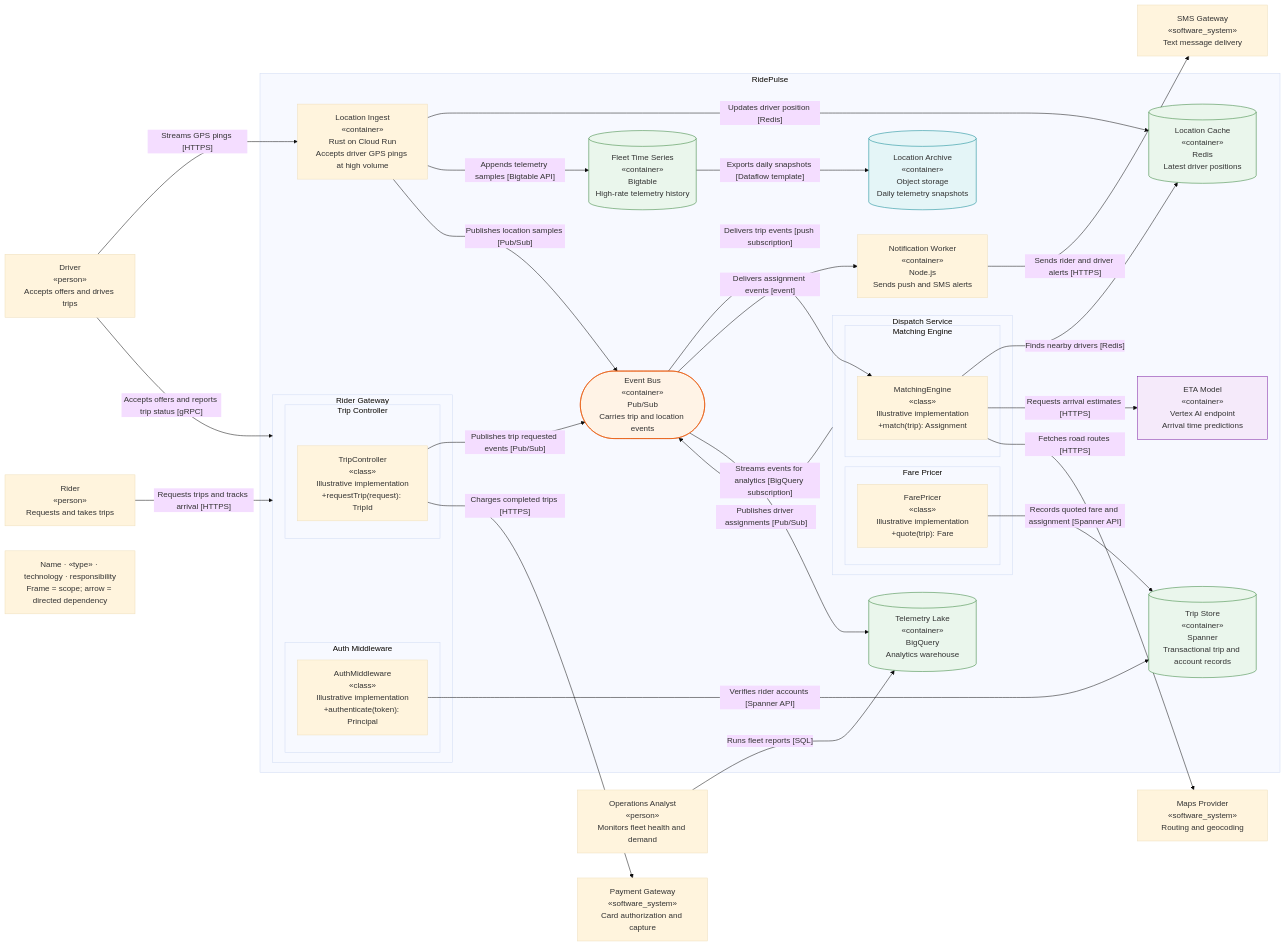
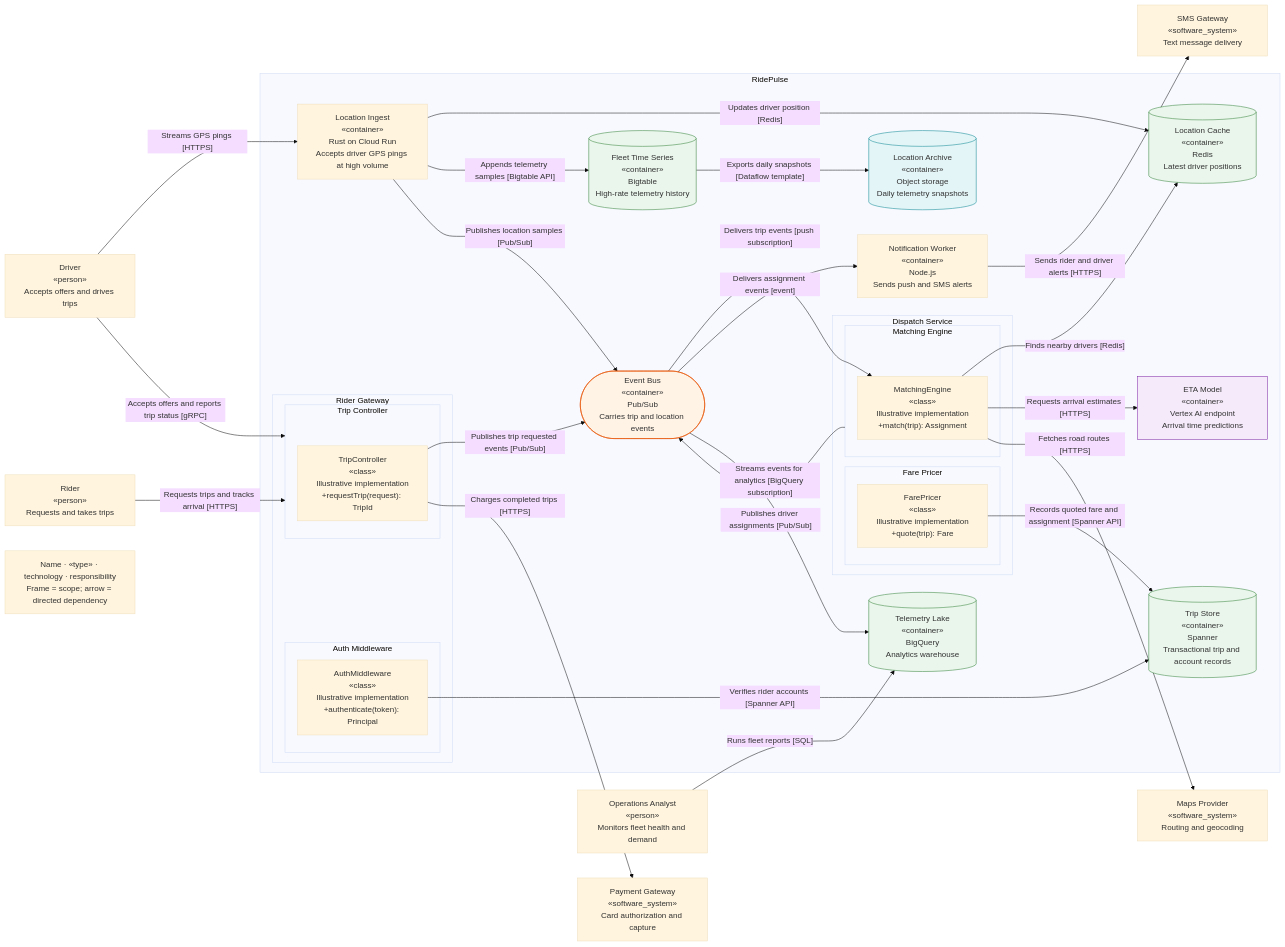
The diagram in examples/ride-dispatch/diagrams/large-overviews/05-overview/overview-complete.mmd (tyler59simon/architecture-suite-plugin), drawn with Mermaid (base theme) before and after one commit. The commit also changed 42 other files, not shown here.

```diff
--- a/examples/ride-dispatch/diagrams/large-overviews/05-overview/overview-complete.mmd
+++ b/examples/ride-dispatch/diagrams/large-overviews/05-overview/overview-complete.mmd
@@ -1,63 +1,63 @@
 %% Architecture Suite schema 2.0; portable layout is independent of ELK
 flowchart LR
   n0["Driver#10;«person»#10;Accepts offers and drives trips"]
   n1["Maps Provider#10;«software_system»#10;Routing and geocoding"]
   n2["Operations Analyst#10;«person»#10;Monitors fleet health and demand"]
   n3["Payment Gateway#10;«software_system»#10;Card authorization and capture"]
   n4["Rider#10;«person»#10;Requests and takes trips"]
   n5["SMS Gateway#10;«software_system»#10;Text message delivery"]
   subgraph n6["RidePulse"]
     n7["ETA Model#10;«container»#10;Vertex AI endpoint#10;Arrival time predictions"]
     style n7 fill:#f5eafa,stroke:#7b1fa2
     n8(["Event Bus#10;«container»#10;Pub/Sub#10;Carries trip and location events"])
     style n8 fill:#fff3e6,stroke:#e65100
     n9[("Fleet Time Series#10;«container»#10;Bigtable#10;High-rate telemetry history")]
     style n9 fill:#eaf6ec,stroke:#2e7d32
     n10[("Location Archive#10;«container»#10;Object storage#10;Daily telemetry snapshots")]
     style n10 fill:#e4f5f7,stroke:#00838f
     n11[("Location Cache#10;«container»#10;Redis#10;Latest driver positions")]
     style n11 fill:#eaf6ec,stroke:#2e7d32
     n12["Location Ingest#10;«container»#10;Rust on Cloud Run#10;Accepts driver GPS pings at high volume"]
     n13["Notification Worker#10;«container»#10;Node.js#10;Sends push and SMS alerts"]
     n14[("Telemetry Lake#10;«container»#10;BigQuery#10;Analytics warehouse")]
     style n14 fill:#eaf6ec,stroke:#2e7d32
     n15[("Trip Store#10;«container»#10;Spanner#10;Transactional trip and account records")]
     style n15 fill:#eaf6ec,stroke:#2e7d32
     subgraph n16["Dispatch Service"]
       subgraph n17["Fare Pricer"]
         n18["FarePricer#10;«class»#10;Illustrative implementation#10;+quote(trip): Fare"]
       end
       subgraph n19["Matching Engine"]
         n20["MatchingEngine#10;«class»#10;Illustrative implementation#10;+match(trip): Assignment"]
       end
     end
     subgraph n21["Rider Gateway"]
       subgraph n22["Auth Middleware"]
         n23["AuthMiddleware#10;«class»#10;Illustrative implementation#10;+authenticate(token): Principal"]
       end
       subgraph n24["Trip Controller"]
         n25["TripController#10;«class»#10;Illustrative implementation#10;+requestTrip(request): TripId"]
       end
     end
   end
   n23 -->|"Verifies rider accounts #91;Spanner API#93;"| n15
   n18 -->|"Records quoted fare and assignment #91;Spanner API#93;"| n15
   n8 -->|"Delivers trip events #91;push subscription#93;"| n20
   n20 -->|"Finds nearby drivers #91;Redis#93;"| n11
   n20 -->|"Requests arrival estimates #91;HTTPS#93;"| n7
   n20 -->|"Fetches road routes #91;HTTPS#93;"| n1
   n25 -->|"Publishes trip requested events #91;Pub/Sub#93;"| n8
   n25 -->|"Charges completed trips #91;HTTPS#93;"| n3
-  n4 -->|"Requests trips and tracks arrival #91;HTTPS#93;"| n21
-  n16 -->|"Publishes driver assignments #91;Pub/Sub#93;"| n8
+  n19 -->|"Publishes driver assignments #91;Pub/Sub#93;"| n8
+  n4 -->|"Requests trips and tracks arrival #91;HTTPS#93;"| n24
+  n0 -->|"Accepts offers and reports trip status #91;gRPC#93;"| n24
   n12 -->|"Updates driver position #91;Redis#93;"| n11
   n12 -->|"Appends telemetry samples #91;Bigtable API#93;"| n9
   n12 -->|"Publishes location samples #91;Pub/Sub#93;"| n8
   n8 -->|"Delivers assignment events #91;event#93;"| n13
   n13 -->|"Sends rider and driver alerts #91;HTTPS#93;"| n5
   n8 -->|"Streams events for analytics #91;BigQuery subscription#93;"| n14
-  n0 -->|"Accepts offers and reports trip status #91;gRPC#93;"| n21
   n9 -->|"Exports daily snapshots #91;Dataflow template#93;"| n10
   n0 -->|"Streams GPS pings #91;HTTPS#93;"| n12
   n2 -->|"Runs fleet reports #91;SQL#93;"| n14
   notation_key["Name · «type» · technology · responsibility#10;Frame = scope; arrow = directed dependency"]
```
